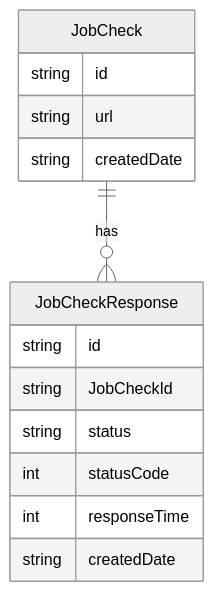
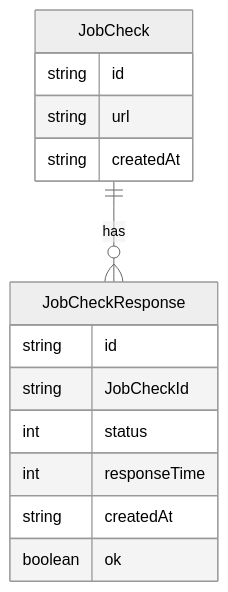
Before and after one commit to tranlehaiquan/status-checker: the second of 2 diagrams in readme.md, drawn with Mermaid (neutral theme). The commit also changed 2 other files, not shown here.

Commit message:
Update status check results to use region names and change createdDate to createdAt in documentation

````diff
--- a/readme.md
+++ b/readme.md
@@ -19,19 +19,19 @@
 ```mermaid
 erDiagram
     JobCheck {
         string id
         string url
-        string createdDate
+        string createdAt
     }
 
     JobCheckResponse {
-        string id
-        string JobCheckId
-        string status
-        int    statusCode
-        int    responseTime
-        string createdDate
+        string  id
+        string  JobCheckId
+        int     status
+        int     responseTime
+        string  createdAt
+        boolean ok
     }
     
     JobCheck ||--o{ JobCheckResponse : has
 ```
````
